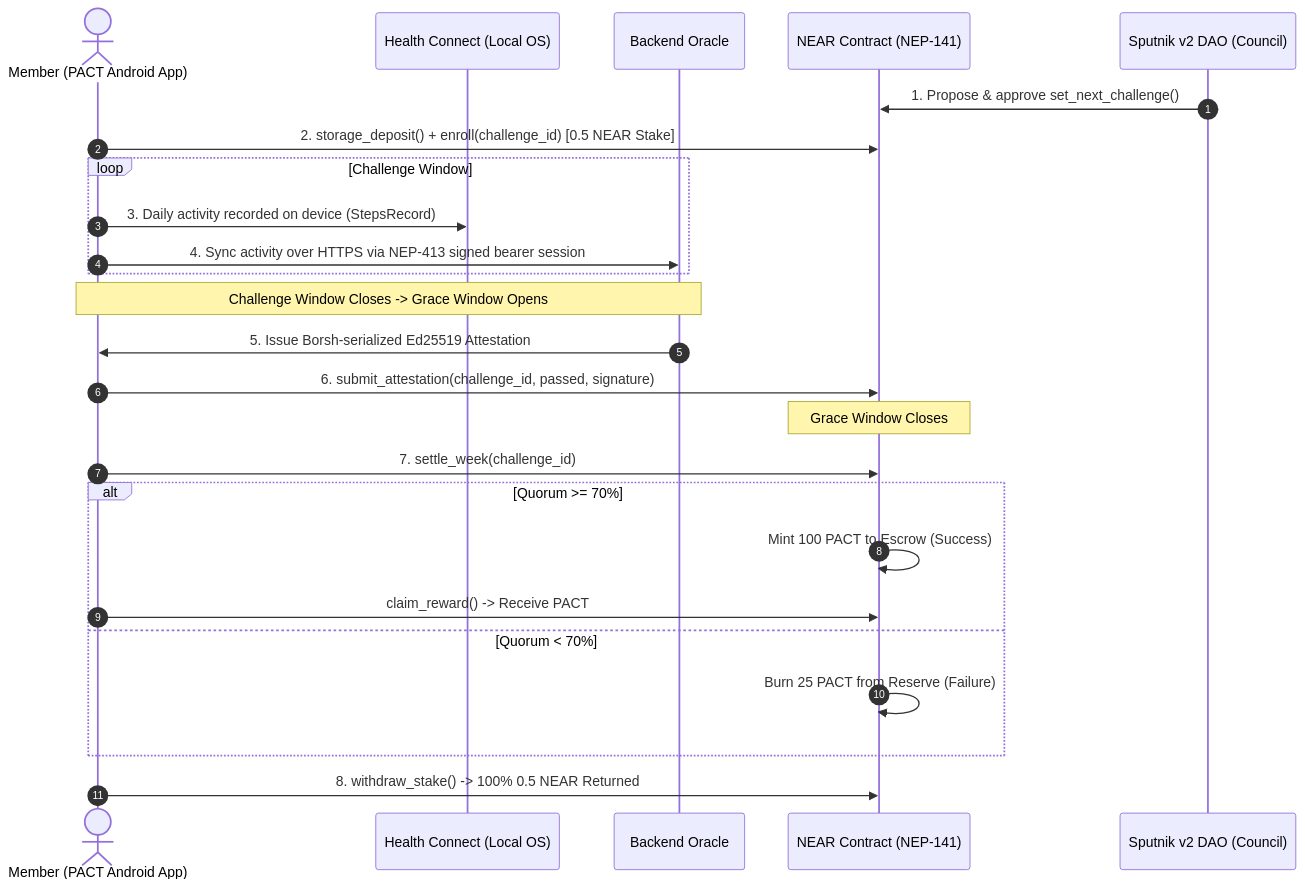
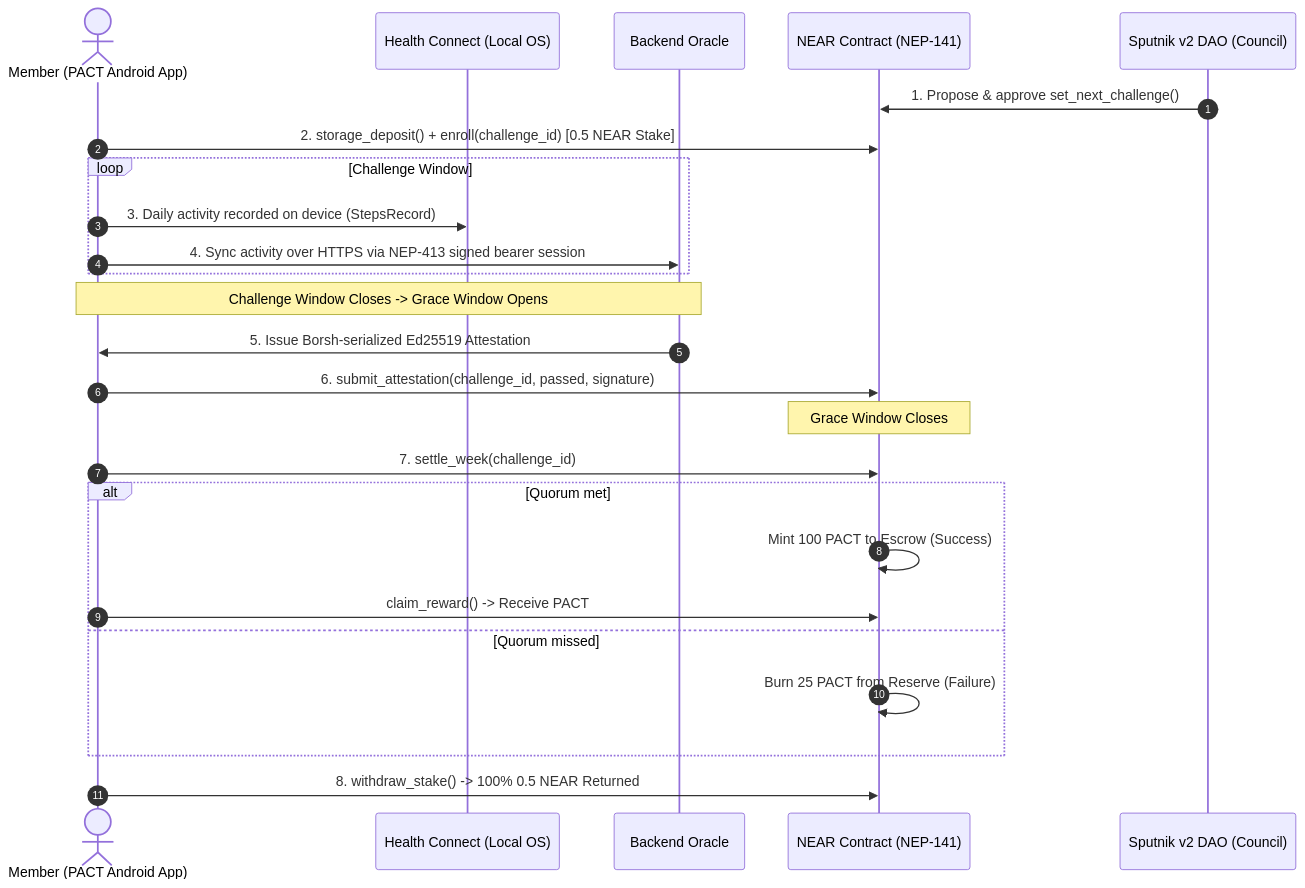
One commit to 0x-stone/PACT changed the second of 3 diagrams in README.md. Above: the diagram before and after it, drawn with Mermaid. The commit also changed other lines of this file, not shown here.

````diff
--- a/README.md
+++ b/README.md
@@ -103,28 +113,28 @@
 ```mermaid
 sequenceDiagram
-    autonumber
-    actor User as Member (PACT Android App)
-    participant HC as Health Connect (Local OS)
-    participant Oracle as Backend Oracle
-    participant Contract as NEAR Contract (NEP-141)
-    participant DAO as Sputnik v2 DAO (Council)
+   autonumber
+   actor User as Member (PACT Android App)
+   participant HC as Health Connect (Local OS)
+   participant Oracle as Backend Oracle
+   participant Contract as NEAR Contract (NEP-141)
+   participant DAO as Sputnik v2 DAO (Council)
 
-    DAO->>Contract: 1. Propose & approve set_next_challenge()
-    User->>Contract: 2. storage_deposit() + enroll(challenge_id) [0.5 NEAR Stake]
-    loop Challenge Window
-        User->>HC: 3. Daily activity recorded on device (StepsRecord)
-        User->>Oracle: 4. Sync activity over HTTPS via NEP-413 signed bearer session
-    end
-    Note over User,Oracle: Challenge Window Closes -> Grace Window Opens
-    Oracle->>User: 5. Issue Borsh-serialized Ed25519 Attestation
-    User->>Contract: 6. submit_attestation(challenge_id, passed, signature)
-    Note over Contract: Grace Window Closes
-    User->>Contract: 7. settle_week(challenge_id)
-    alt Quorum >= 70%
-        Contract->>Contract: Mint 100 PACT to Escrow (Success)
-        User->>Contract: claim_reward() -> Receive PACT
-    else Quorum < 70%
-        Contract->>Contract: Burn 25 PACT from Reserve (Failure)
-    end
-    User->>Contract: 8. withdraw_stake() -> 100% 0.5 NEAR Returned
+   DAO->>Contract: 1. Propose & approve set_next_challenge()
+   User->>Contract: 2. storage_deposit() + enroll(challenge_id) [0.5 NEAR Stake]
+   loop Challenge Window
+       User->>HC: 3. Daily activity recorded on device (StepsRecord)
+       User->>Oracle: 4. Sync activity over HTTPS via NEP-413 signed bearer session
+   end
+   Note over User,Oracle: Challenge Window Closes -> Grace Window Opens
+   Oracle->>User: 5. Issue Borsh-serialized Ed25519 Attestation
+   User->>Contract: 6. submit_attestation(challenge_id, passed, signature)
+   Note over Contract: Grace Window Closes
+   User->>Contract: 7. settle_week(challenge_id)
+   alt Quorum met
+       Contract->>Contract: Mint 100 PACT to Escrow (Success)
+       User->>Contract: claim_reward() -> Receive PACT
+   else Quorum missed
+       Contract->>Contract: Burn 25 PACT from Reserve (Failure)
+   end
+   User->>Contract: 8. withdraw_stake() -> 100% 0.5 NEAR Returned
 ```
````
